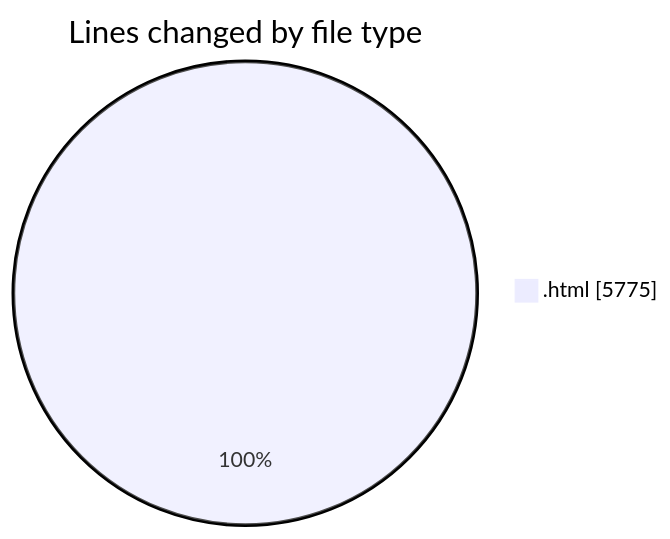
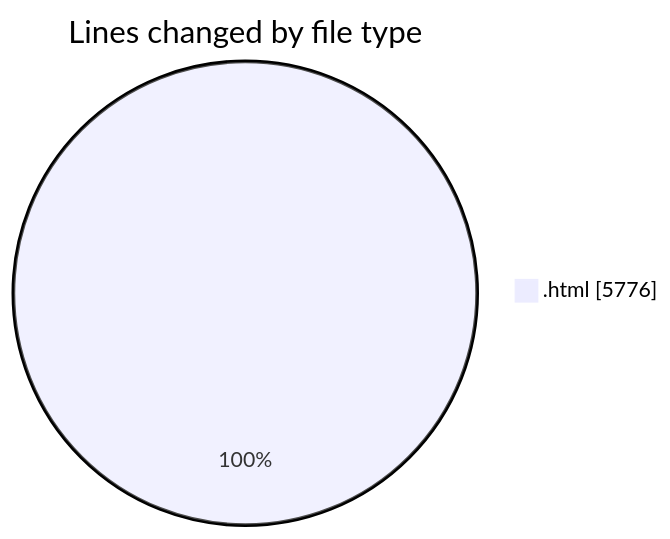
The first of 2 diagrams in 2025-06-17/projects/README.md (Ritupan-Deka/code-tracking), drawn with Mermaid before and after one commit. The commit also changed other lines of this file and 1 other file, not shown here.

````diff
--- a/2025-06-17/projects/README.md
+++ b/2025-06-17/projects/README.md
@@ -21,5 +21,5 @@
 ```mermaid
 pie showData
 title Lines changed by file type
-".html" : 5775
+".html" : 5776
 ```
````
